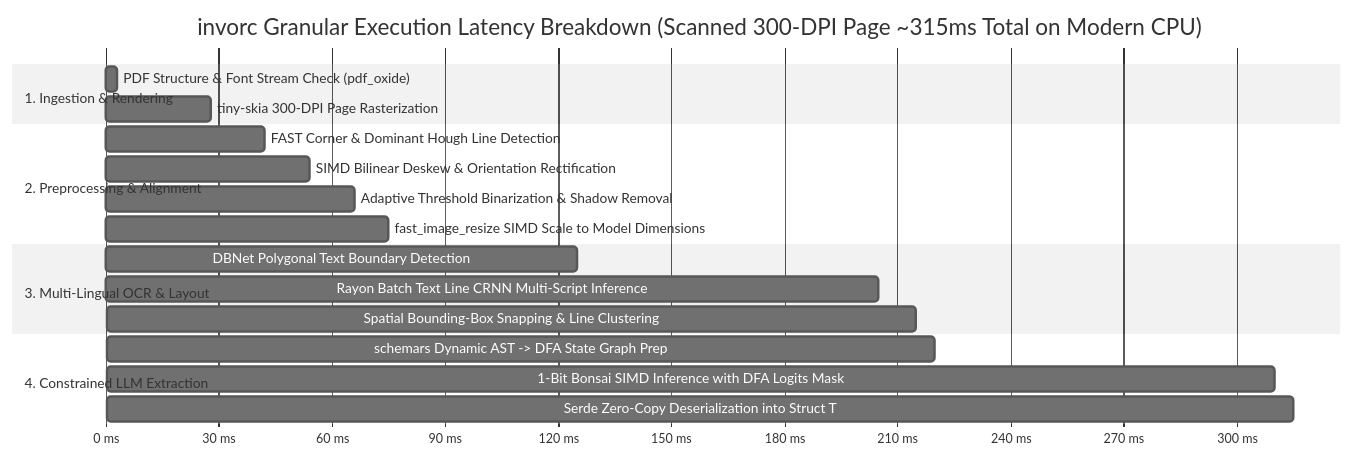
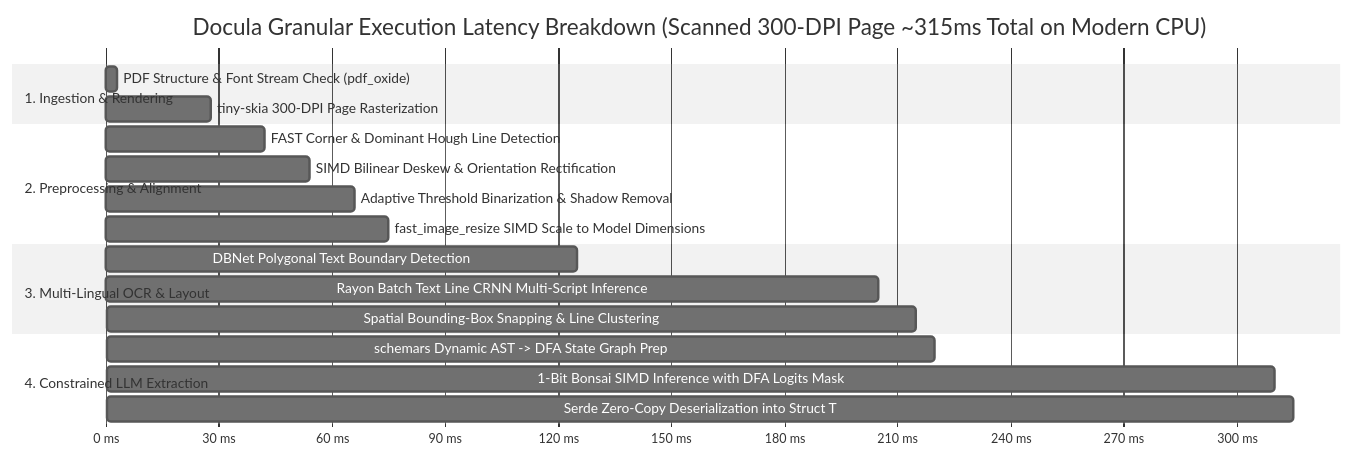
The diagram in docs/09_BENCHMARK_AND_COMPARISON.md (yasuomaidana/docula), drawn with Mermaid (neutral theme) before and after one commit. The commit also changed other lines of this file and 15 other files, not shown here.

````diff
--- a/docs/09_BENCHMARK_AND_COMPARISON.md
+++ b/docs/09_BENCHMARK_AND_COMPARISON.md
@@ -44,26 +44,26 @@
 ```mermaid
 gantt
-    title invorc Granular Execution Latency Breakdown (Scanned 300-DPI Page ~315ms Total on Modern CPU)
+    title Docula Granular Execution Latency Breakdown (Scanned 300-DPI Page ~315ms Total on Modern CPU)
     dateFormat  X
     axisFormat %s ms
 
     section 1. Ingestion & Rendering
     PDF Structure & Font Stream Check (pdf_oxide)     :0, 3
     tiny-skia 300-DPI Page Rasterization              :3, 28
     
     section 2. Preprocessing & Alignment
     FAST Corner & Dominant Hough Line Detection       :28, 42
     SIMD Bilinear Deskew & Orientation Rectification  :42, 54
     Adaptive Threshold Binarization & Shadow Removal  :54, 66
     fast_image_resize SIMD Scale to Model Dimensions  :66, 75
 
     section 3. Multi-Lingual OCR & Layout
     DBNet Polygonal Text Boundary Detection           :75, 125
     Rayon Batch Text Line CRNN Multi-Script Inference :125, 205
     Spatial Bounding-Box Snapping & Line Clustering   :205, 215
 
     section 4. Constrained LLM Extraction
     schemars Dynamic AST -> DFA State Graph Prep      :215, 220
     1-Bit Bonsai SIMD Inference with DFA Logits Mask  :220, 310
     Serde Zero-Copy Deserialization into Struct T     :310, 315
 ```
````
